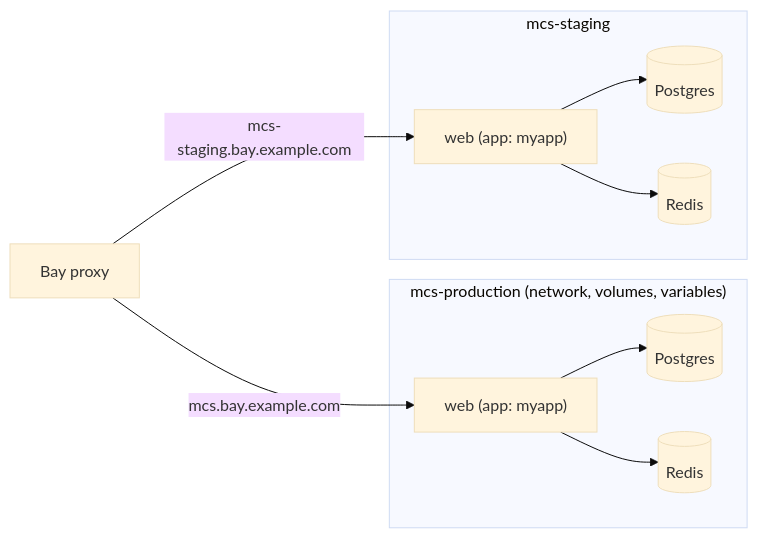
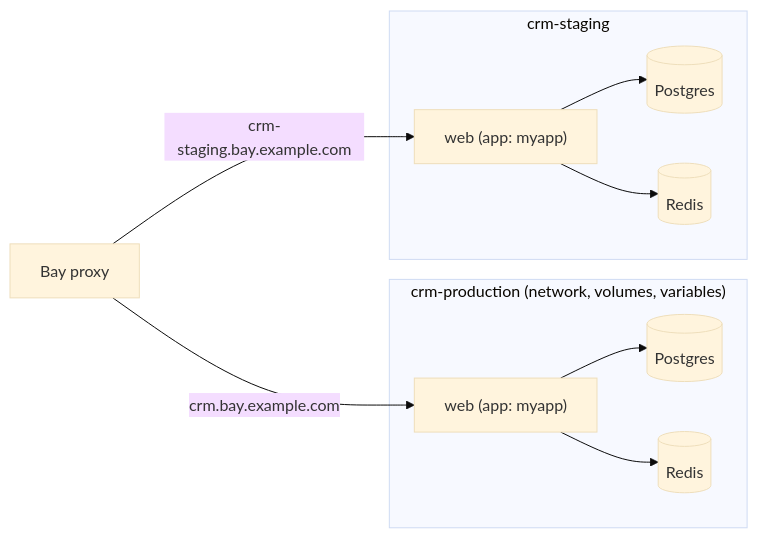
One commit to alepha-dev/alepha changed the diagram in bay/docs/1-guides/6-stacks.md. Above: the diagram before and after it, drawn with Mermaid (base theme). The commit also changed other lines of this file and 229 other files, not shown here.

````diff
--- a/bay/docs/1-guides/6-stacks.md
+++ b/bay/docs/1-guides/6-stacks.md
@@ -13,13 +13,13 @@
 ```mermaid
 flowchart LR
-  subgraph prod["mcs-production (network, volumes, variables)"]
+  subgraph prod["crm-production (network, volumes, variables)"]
     web["web (app: myapp)"] --> db[(Postgres)]
     web --> redis[(Redis)]
   end
-  subgraph staging["mcs-staging"]
+  subgraph staging["crm-staging"]
     web2["web (app: myapp)"] --> db2[(Postgres)]
     web2 --> redis2[(Redis)]
   end
-  proxy[Bay proxy] -->|mcs.bay.example.com| web
-  proxy -->|mcs-staging.bay.example.com| web2
+  proxy[Bay proxy] -->|crm.bay.example.com| web
+  proxy -->|crm-staging.bay.example.com| web2
 ```
````
